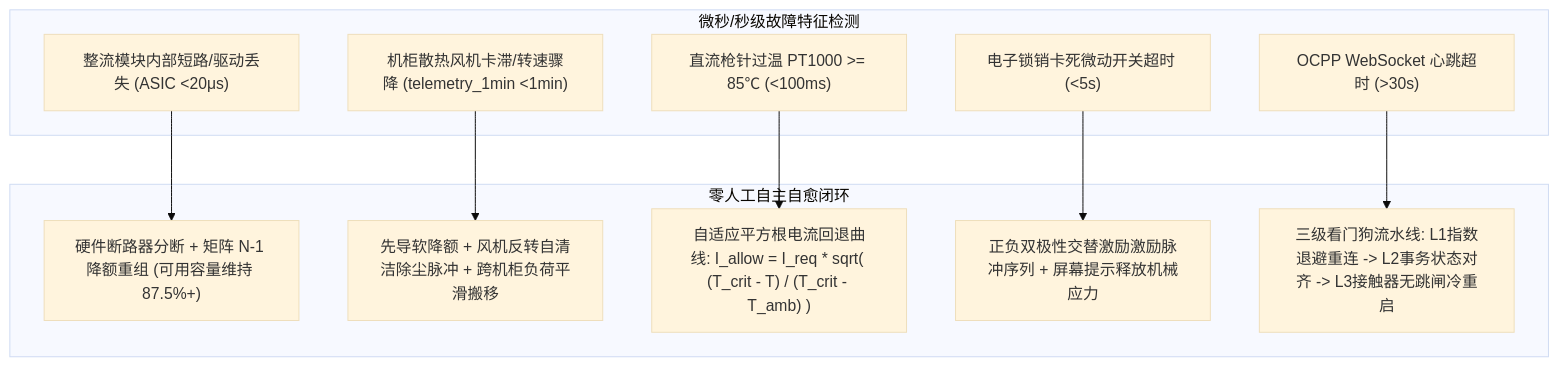
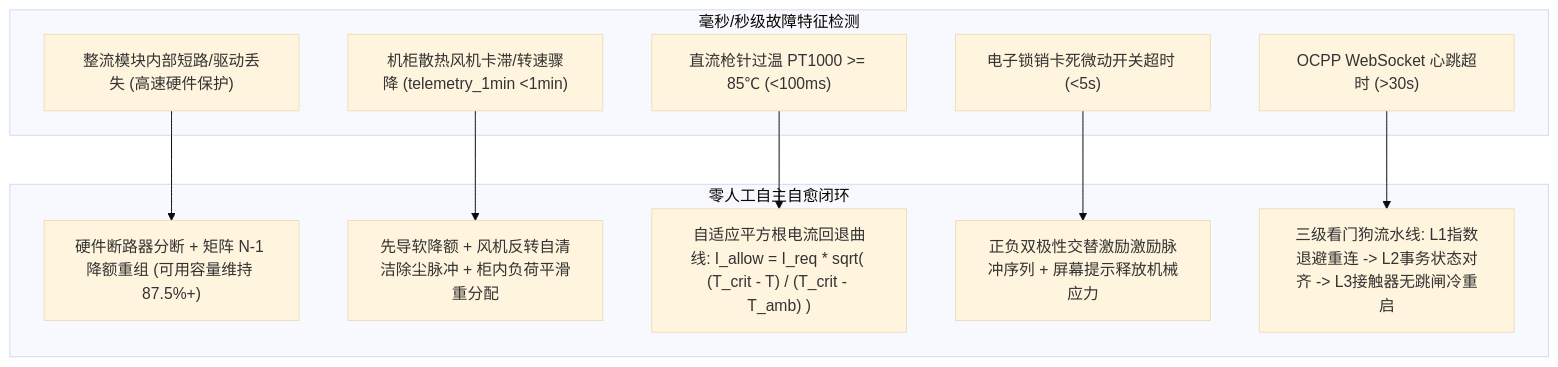
One commit to wzs39/kempower-self-operating-network changed the third of 7 diagrams in Kempower_Self_Operating_Network_Comprehensive_Survey.md. Above: the diagram before and after it, drawn with Mermaid (base theme). The commit also changed other lines of this file and 35 other files, not shown here.

````diff
--- a/Kempower_Self_Operating_Network_Comprehensive_Survey.md
+++ b/Kempower_Self_Operating_Network_Comprehensive_Survey.md
@@ -164,24 +164,24 @@
 ```mermaid
 graph TD
-    subgraph FaultDetection["微秒/秒级故障特征检测"]
-        D1["整流模块内部短路/驱动丢失 (ASIC <20μs)"]
+    subgraph FaultDetection["毫秒/秒级故障特征检测"]
+        D1["整流模块内部短路/驱动丢失 (高速硬件保护)"]
         D2["机柜散热风机卡滞/转速骤降 (telemetry_1min <1min)"]
         D3["直流枪针过温 PT1000 >= 85℃ (<100ms)"]
         D4["电子锁销卡死微动开关超时 (<5s)"]
         D5["OCPP WebSocket 心跳超时 (>30s)"]
     end
 
     subgraph SelfHealingActions["零人工自主自愈闭环"]
         A1["硬件断路器分断 + 矩阵 N-1 降额重组 (可用容量维持 87.5%+)"]
-        A2["先导软降额 + 风机反转自清洁除尘脉冲 + 跨机柜负荷平滑搬移"]
+        A2["先导软降额 + 风机反转自清洁除尘脉冲 + 柜内负荷平滑重分配"]
         A3["自适应平方根电流回退曲线: I_allow = I_req * sqrt( (T_crit - T) / (T_crit - T_amb) )"]
         A4["正负双极性交替激励激励脉冲序列 + 屏幕提示释放机械应力"]
         A5["三级看门狗流水线: L1指数退避重连 -> L2事务状态对齐 -> L3接触器无跳闸冷重启"]
     end
 
     D1 --> A1
     D2 --> A2
     D3 --> A3
     D4 --> A4
     D5 --> A5
 ```
````
